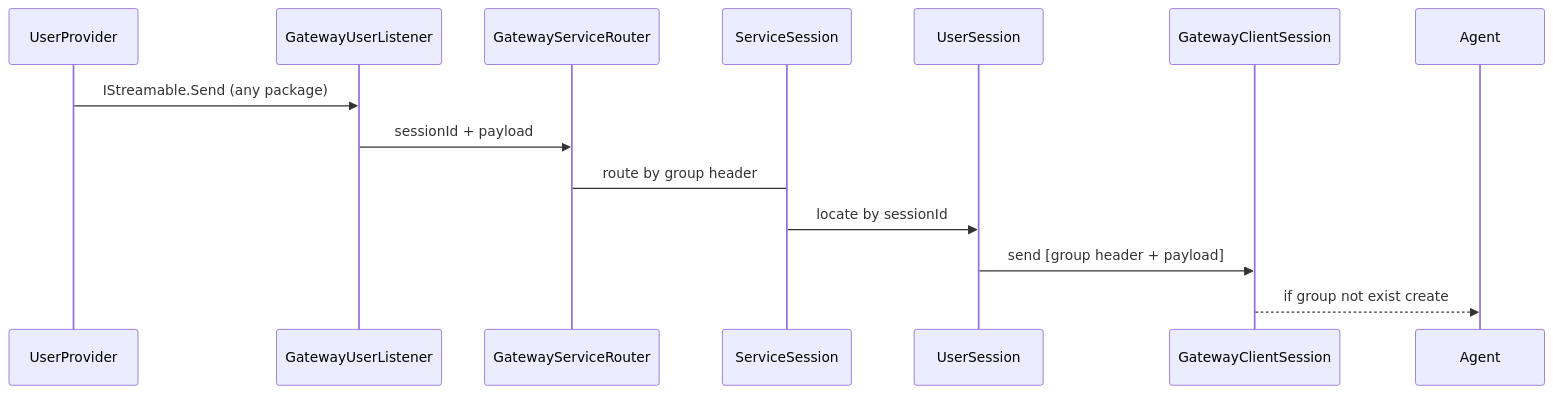
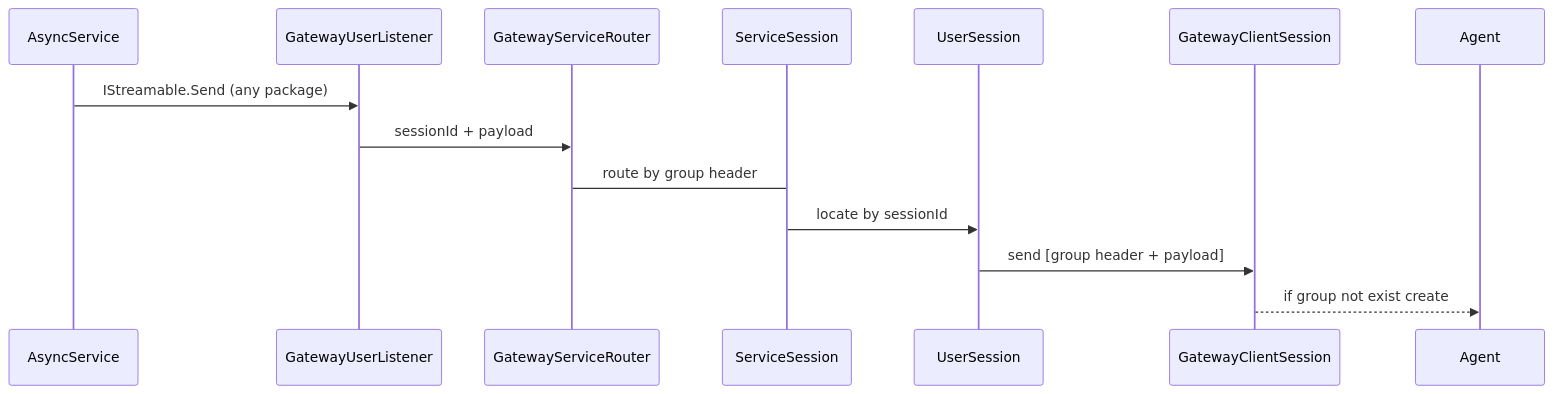
One commit to jiowchern/PinionCore.Remote changed the sixth of 6 diagrams in PinionCore.Remote.Gateway/design.md. Above: the diagram before and after it, drawn with Mermaid. The commit also changed other lines of this file and 19 other files, not shown here.

````diff
--- a/PinionCore.Remote.Gateway/design.md
+++ b/PinionCore.Remote.Gateway/design.md
@@ -205,9 +205,9 @@
 ```mermaid
 sequenceDiagram    
-    UserProvider ->> GatewayUserListener: IStreamable.Send (any package)
+    AsyncService ->> GatewayUserListener: IStreamable.Send (any package)
     GatewayUserListener ->> GatewayServiceRouter: sessionId + payload
     GatewayServiceRouter -> ServiceSession : route by group header
     ServiceSession ->> UserSession: locate by sessionId
     UserSession ->> GatewayClientSession: send [group header + payload]
     GatewayClientSession -->> Agent : if group not exist create
 ```
````
